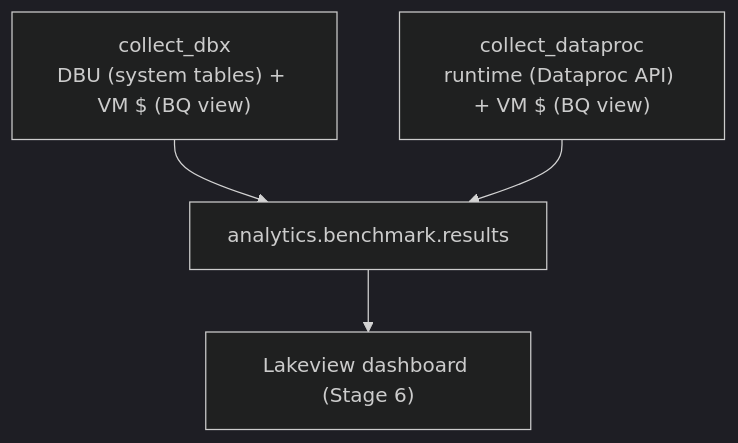
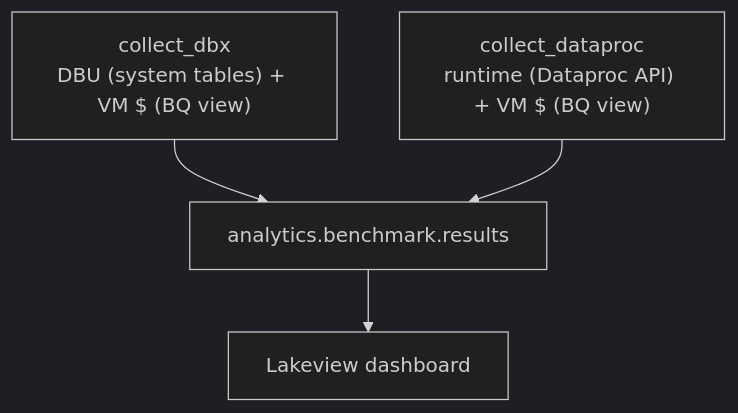
The diagram in benchmark/README.md (klevisa/shared-vpc-cmk-psc-databricks-deployment), drawn with Mermaid (dark theme) before and after one commit. The commit also changed other lines of this file and 97 other files, not shown here.

````diff
--- a/benchmark/README.md
+++ b/benchmark/README.md
@@ -59,10 +56,10 @@
 ```mermaid
 flowchart TB
     R["analytics.benchmark.results"]
     C1["collect_dbx<br/>DBU (system tables) + VM $ (BQ view)"]
     C2["collect_dataproc<br/>runtime (Dataproc API) + VM $ (BQ view)"]
-    D["Lakeview dashboard (Stage 6)"]
+    D["Lakeview dashboard"]
     C1 --> R
     C2 --> R
     R --> D
 ```
````
